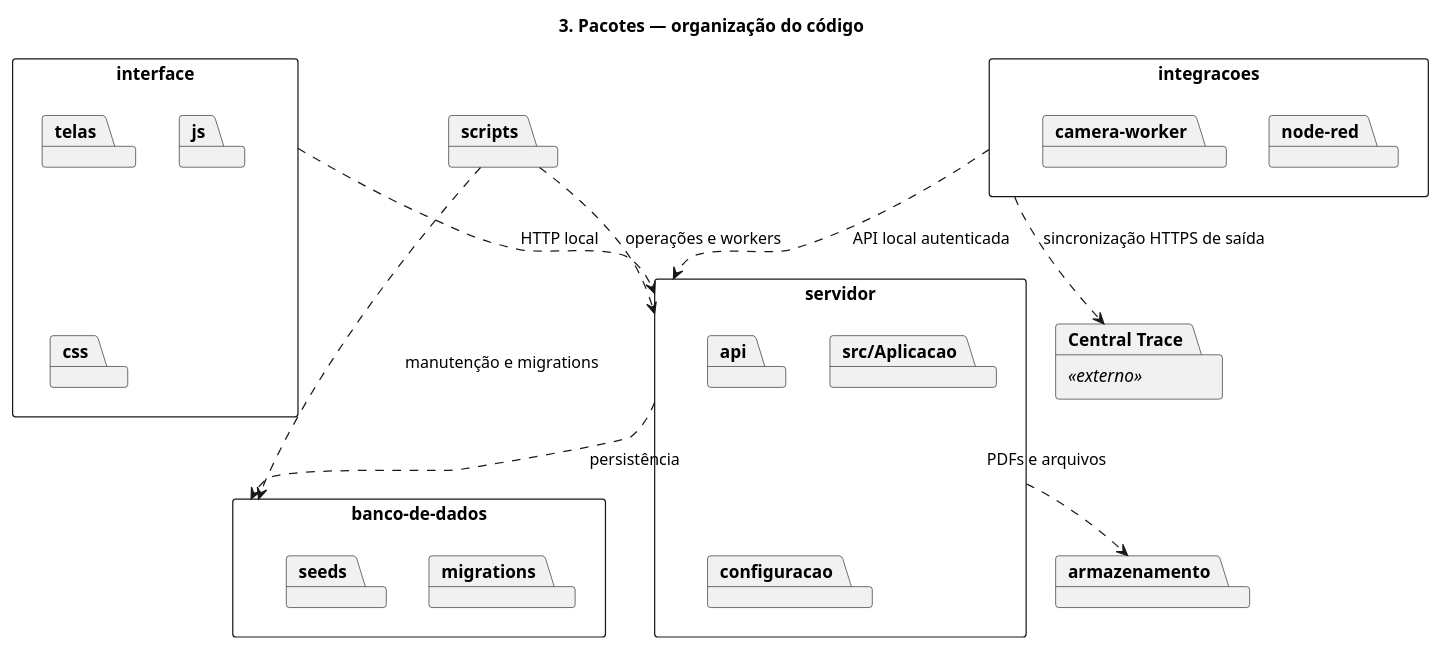
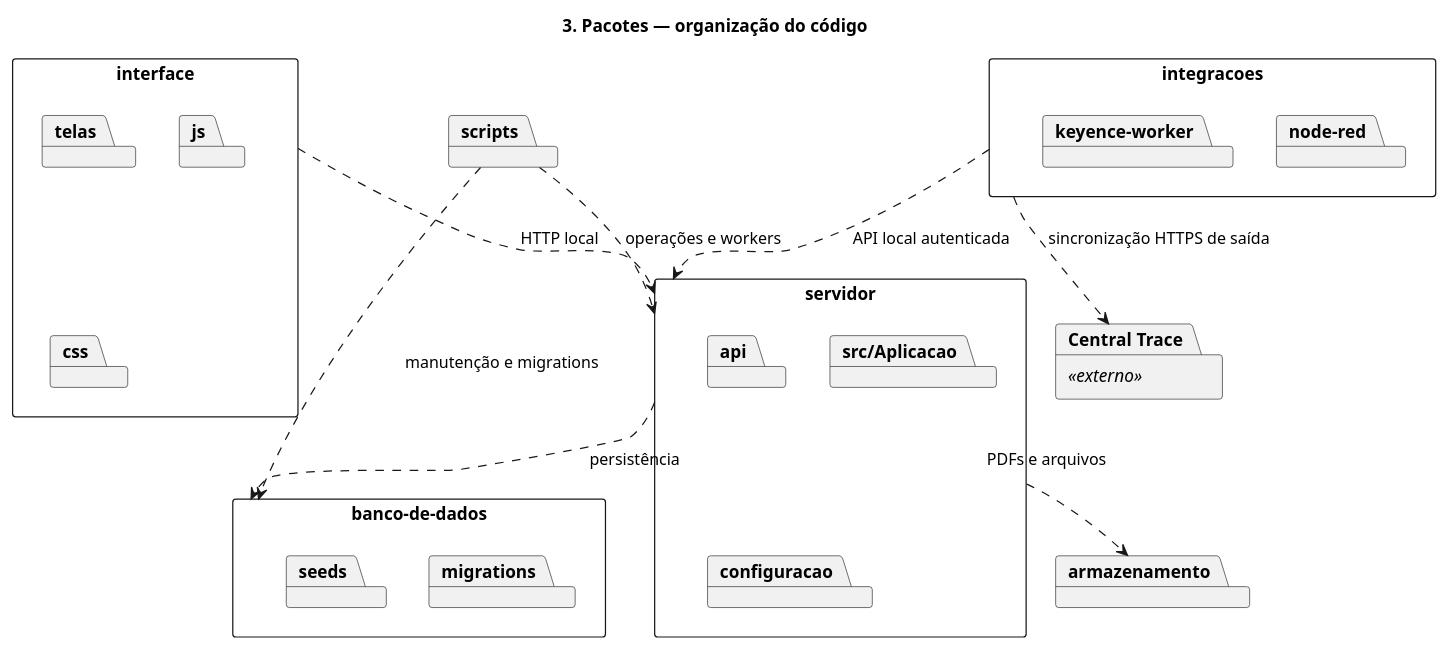
Before and after one commit to VItoraaraujoo/Dallogix-Trace-System: the diagram in documentacao/arquitetura/uml/03-diagrama-de-pacotes.puml, drawn with PlantUML. The commit also changed 127 other files, not shown here.

Commit message:
feat: replace camera integration with Keyence reader

```diff
--- a/documentacao/arquitetura/uml/03-diagrama-de-pacotes.puml
+++ b/documentacao/arquitetura/uml/03-diagrama-de-pacotes.puml
@@ -1,34 +1,34 @@
 @startuml trace-03-packages
 title 3. Pacotes — organização do código
 skinparam packageStyle rectangle
 
 package "interface" {
   package "telas"
   package "js"
   package "css"
 }
 package "servidor" {
   package "api"
   package "src/Aplicacao"
   package "configuracao"
 }
 package "banco-de-dados" {
   package "migrations"
   package "seeds"
 }
 package "integracoes" {
   package "node-red"
-  package "camera-worker"
+  package "keyence-worker"
 }
 package "scripts"
 package "armazenamento"
 package "Central Trace" <<externo>>
 
 "interface" ..> "servidor" : HTTP local
 "servidor" ..> "banco-de-dados" : persistência
 "servidor" ..> "armazenamento" : PDFs e arquivos
 "integracoes" ..> "servidor" : API local autenticada
 "integracoes" ..> "Central Trace" : sincronização HTTPS de saída
 "scripts" ..> "servidor" : operações e workers
 "scripts" ..> "banco-de-dados" : manutenção e migrations
 @enduml
```
